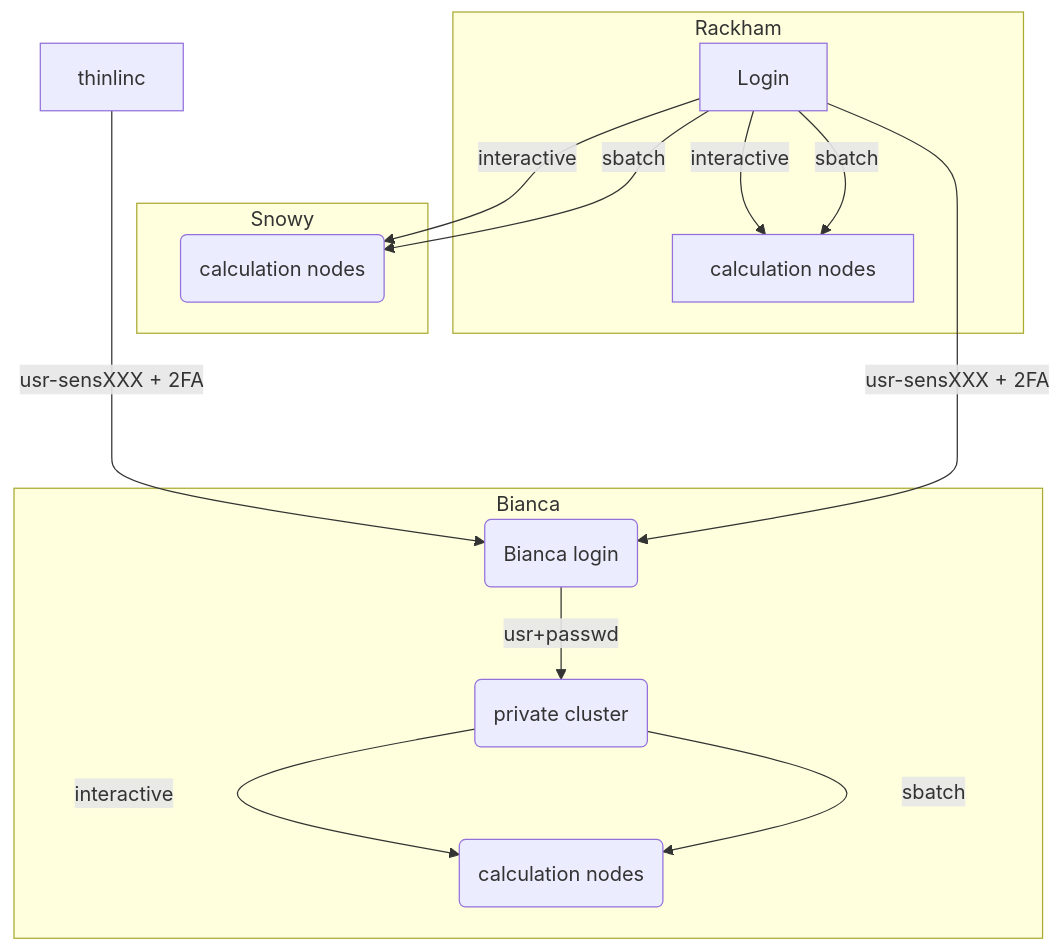
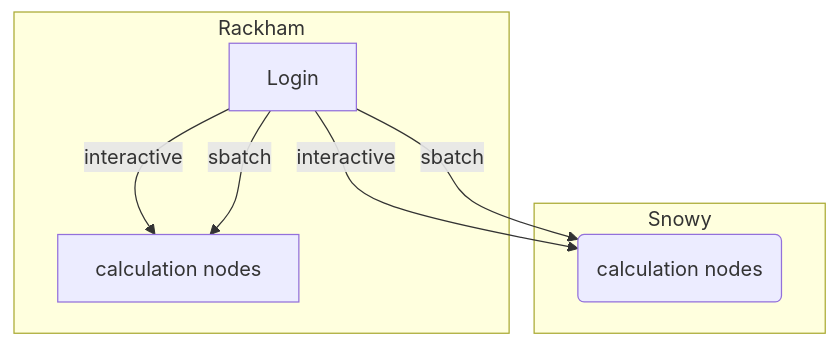
The diagram in docs/getting_started/login_snowy.md (UPPMAX/UPPMAX-documentation), drawn with Mermaid before and after one commit. The commit also changed other lines of this file, not shown here.

Commit message:
remove bianca

````diff
--- a/docs/getting_started/login_snowy.md
+++ b/docs/getting_started/login_snowy.md
@@ -35,22 +35,15 @@
 ```mermaid
         graph TB
 
         Node1 -- interactive --> SubGraph2Flow
         Node1 -- sbatch --> SubGraph2Flow
         subgraph "Snowy"
         SubGraph2Flow(calculation nodes) 
         end
 
-        thinlinc -- usr-sensXXX + 2FA----> SubGraph1Flow
-        Node1 -- usr-sensXXX + 2FA----> SubGraph1Flow
-        subgraph "Bianca"
-        SubGraph1Flow(Bianca login) -- usr+passwd --> private(private cluster)
-        private -- interactive --> calcB(calculation nodes)
-        private -- sbatch --> calcB
-        end
 
         subgraph "Rackham"
         Node1[Login] -- interactive --> Node2[calculation nodes]
         Node1 -- sbatch --> Node2
         end
 ```
````
